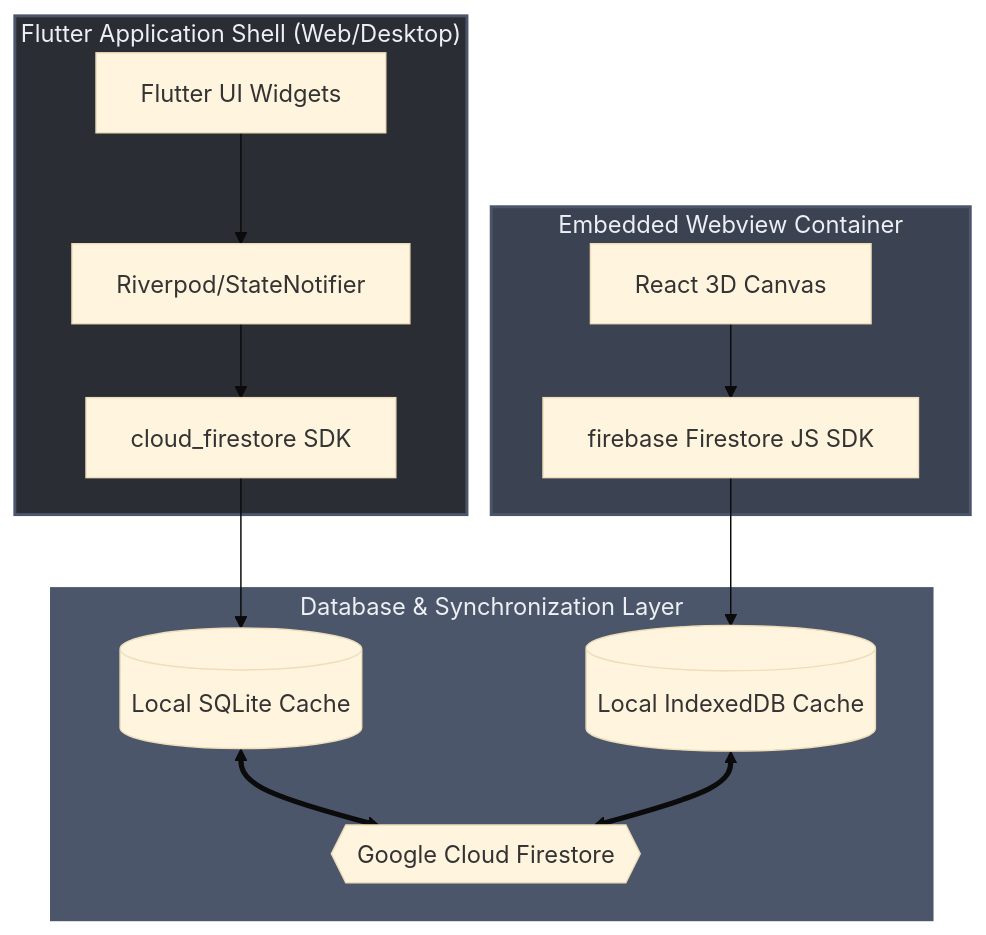
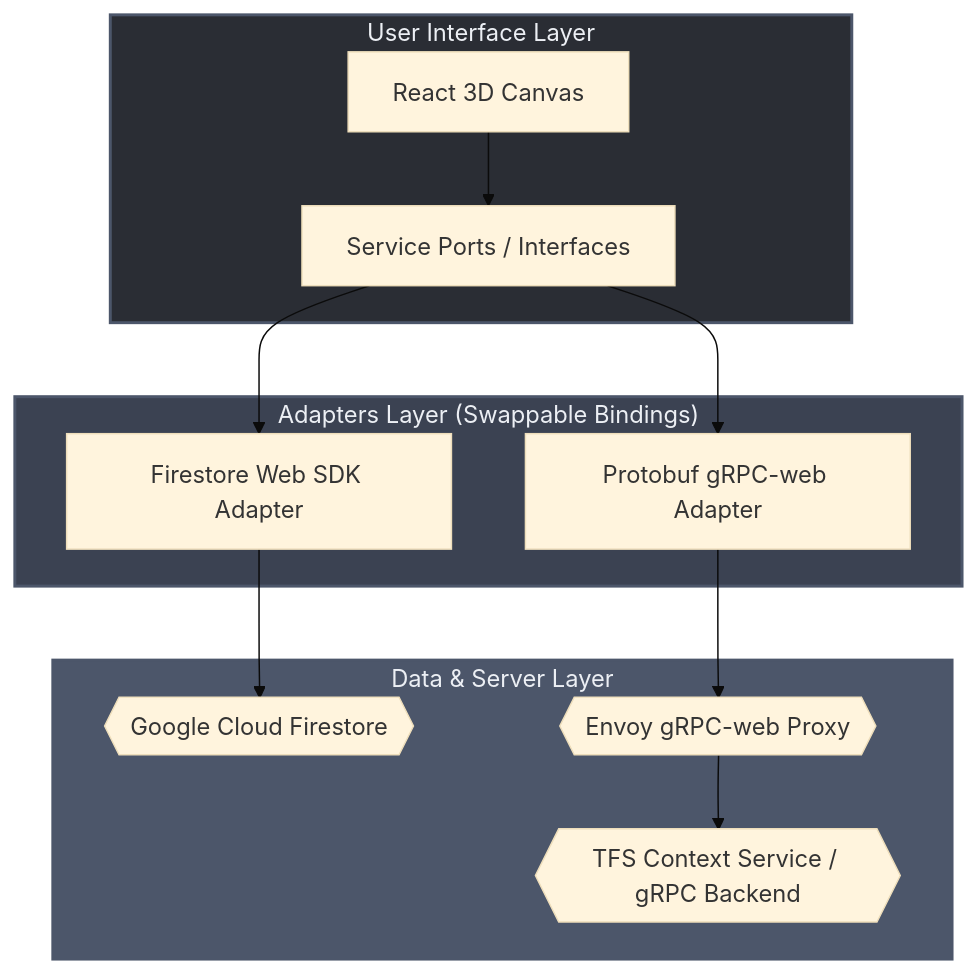
One commit to gintatkinson/digital-pipeline-repo changed the first of 2 diagrams in docs/decisions/react_firestore_deployment_blueprint.md. Above: the diagram before and after it, drawn with Mermaid (base theme). The commit also changed other lines of this file and 3 other files, not shown here.

Commit message:
docs: add Protobuf gRPC-web mapping rules and reference adapter skeletons

````diff
--- a/docs/decisions/react_firestore_deployment_blueprint.md
+++ b/docs/decisions/react_firestore_deployment_blueprint.md
@@ -11,23 +13,21 @@
 ```mermaid
 graph TD
-    subgraph Host ["Flutter Application Shell (Web/Desktop)"]
-        FlutterUI[Flutter UI Widgets] --> FlutterState[Riverpod/StateNotifier]
-        FlutterState --> FlutterSDK[cloud_firestore SDK]
+    subgraph UI ["User Interface Layer"]
+        ReactUI[React 3D Canvas] --> Ports[Service Ports / Interfaces]
     end
 
-    subgraph Embedded ["Embedded Webview Container"]
-        ReactUI[React 3D Canvas] --> ReactSDK[firebase Firestore JS SDK]
+    subgraph Adapters ["Adapters Layer (Swappable Bindings)"]
+        Ports --> FirestoreAdapter[Firestore Web SDK Adapter]
+        Ports --> ProtoAdapter[Protobuf gRPC-web Adapter]
     end
 
-    subgraph Data ["Database & Synchronization Layer"]
-        FlutterSDK --> SQLiteCache[(Local SQLite Cache)]
-        ReactSDK --> IndexedDBCache[(Local IndexedDB Cache)]
-        
-        SQLiteCache <==> CloudFirestore{{Google Cloud Firestore}}
-        IndexedDBCache <==> CloudFirestore
+    subgraph Data ["Data & Server Layer"]
+        FirestoreAdapter --> CloudFirestore{{Google Cloud Firestore}}
+        ProtoAdapter --> EnvoyProxy{{Envoy gRPC-web Proxy}}
+        EnvoyProxy --> ProtoBackend{{TFS Context Service / gRPC Backend}}
     end
     
-    style Host fill:#2A2D34,stroke:#4C566A,stroke-width:2px,color:#ECEFF4
-    style Embedded fill:#3B4252,stroke:#4C566A,stroke-width:2px,color:#ECEFF4
+    style UI fill:#2A2D34,stroke:#4C566A,stroke-width:2px,color:#ECEFF4
+    style Adapters fill:#3B4252,stroke:#4C566A,stroke-width:2px,color:#ECEFF4
     style Data fill:#4C566A,stroke:#4C566A,stroke-width:2px,color:#ECEFF4
 ```
````
